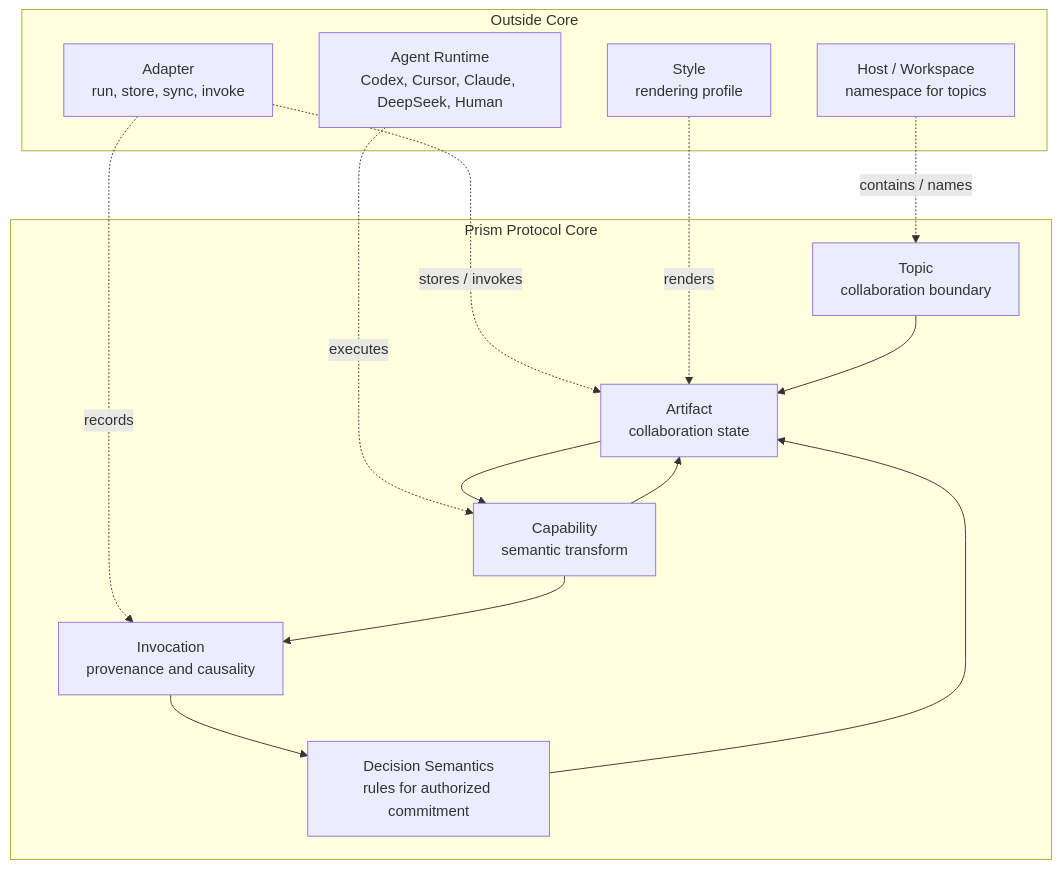
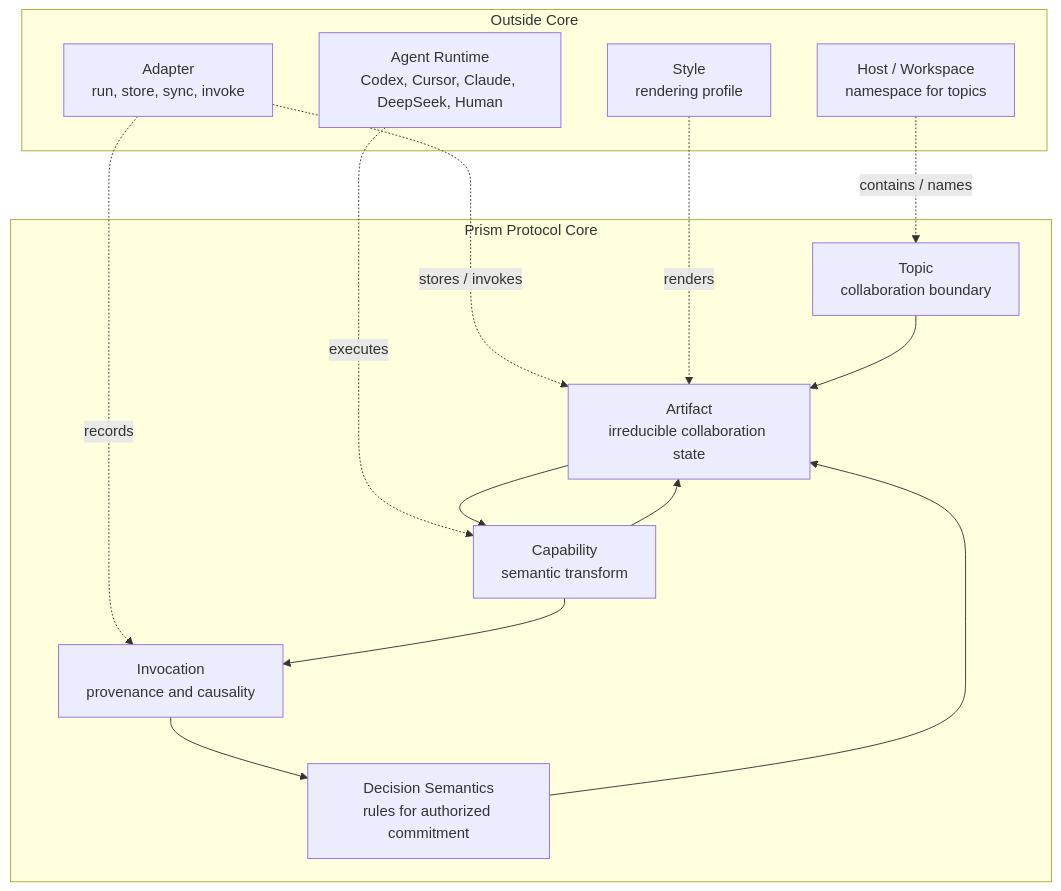
One commit to ArnoFrost/prism changed the first of 6 diagrams in docs/prism-4-architecture-guide.md. Above: the diagram before and after it, drawn with Mermaid. The commit also changed other lines of this file and 18 other files, not shown here.

````diff
--- a/docs/prism-4-architecture-guide.md
+++ b/docs/prism-4-architecture-guide.md
@@ -35,30 +35,30 @@
 ```mermaid
 flowchart TB
   subgraph outside["Outside Core"]
     H["Host / Workspace<br/>namespace for topics"]
     A["Adapter<br/>run, store, sync, invoke"]
     S["Style<br/>rendering profile"]
     R["Agent Runtime<br/>Codex, Cursor, Claude, DeepSeek, Human"]
   end
 
   subgraph core["Prism Protocol Core"]
     T["Topic<br/>collaboration boundary"]
-    AR["Artifact<br/>collaboration state"]
+    AR["Artifact<br/>irreducible collaboration state"]
     C["Capability<br/>semantic transform"]
     I["Invocation<br/>provenance and causality"]
     D["Decision Semantics<br/>rules for authorized commitment"]
   end
 
   H -. "contains / names" .-> T
   R -. "executes" .-> C
   A -. "stores / invokes" .-> AR
   A -. "records" .-> I
   S -. "renders" .-> AR
 
   T --> AR
   AR --> C
   C --> AR
   C --> I
   D --> AR
   I --> D
 ```
````
